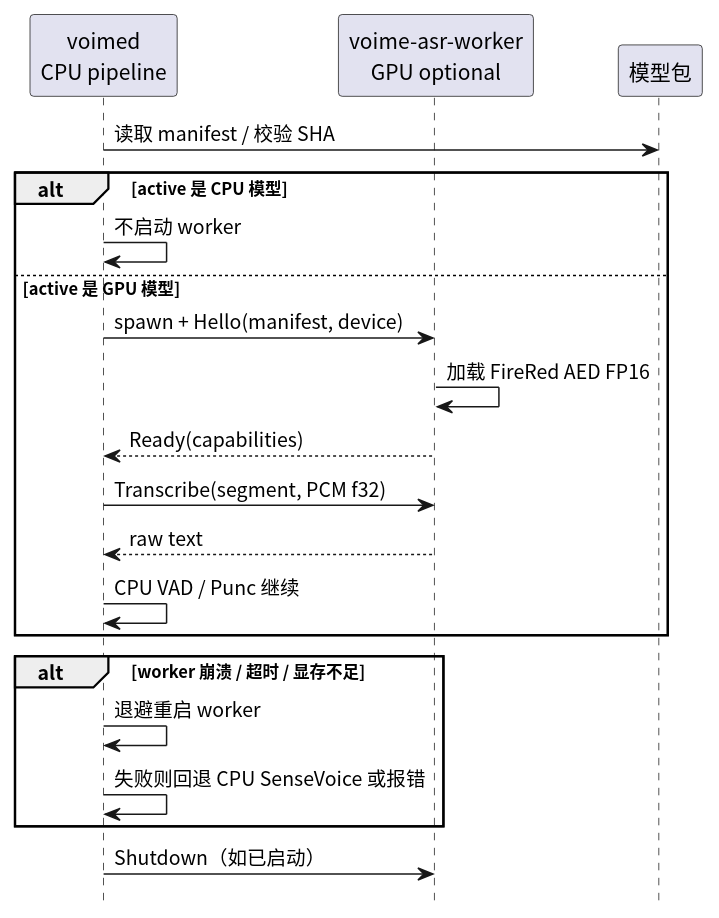
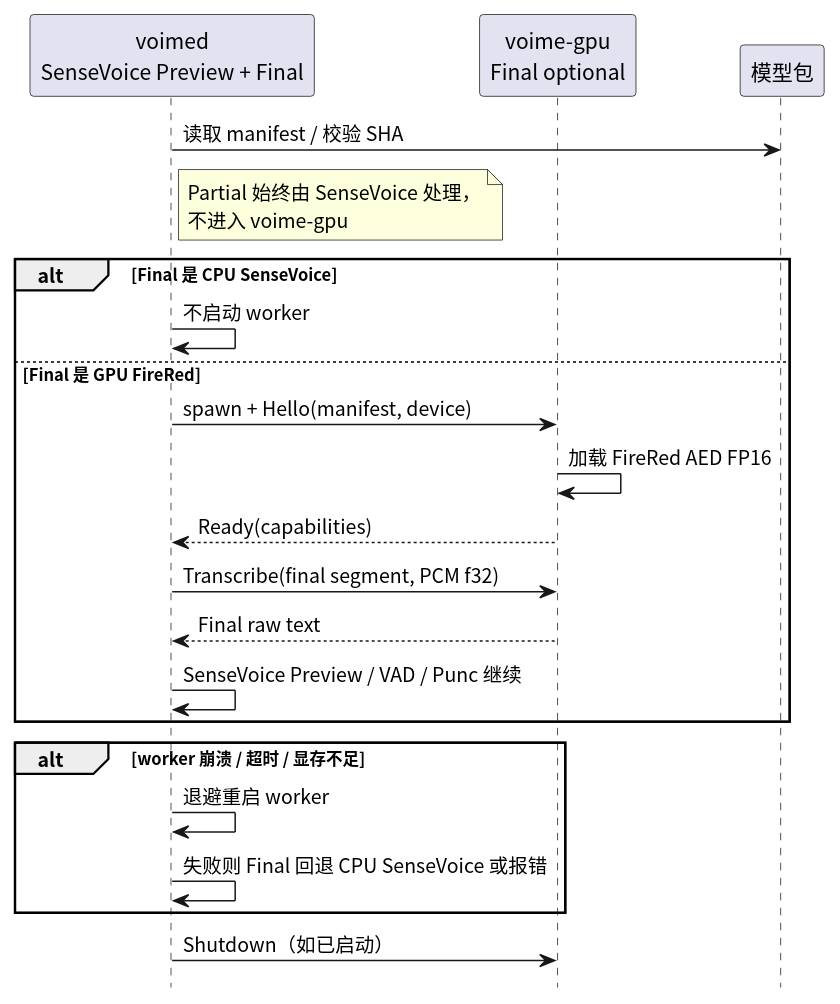
One commit to 54m43lJ/voime changed the diagram in diagram/gpu-worker.puml. Above: the diagram before and after it, drawn with PlantUML. The commit also changed 6 other files, not shown here.

First line of the commit message:
docs: 调整 ASR v2 为 Preview/Final 分工与 voime-gpu

```diff
--- a/diagram/gpu-worker.puml
+++ b/diagram/gpu-worker.puml
@@ -1,26 +1,30 @@
 @startuml
 skinparam defaultFontName "Noto Sans CJK SC"
 skinparam shadowing false
 hide footbox
 
-participant "voimed\nCPU pipeline" as Daemon
-participant "voime-asr-worker\nGPU optional" as Worker
+participant "voimed\nSenseVoice Preview + Final" as Daemon
+participant "voime-gpu\nFinal optional" as Worker
 participant "模型包" as Package
 
 Daemon -> Package : 读取 manifest / 校验 SHA
-alt active 是 CPU 模型
+note right of Daemon
+  Partial 始终由 SenseVoice 处理，
+  不进入 voime-gpu
+end note
+alt Final 是 CPU SenseVoice
   Daemon -> Daemon : 不启动 worker
-else active 是 GPU 模型
+else Final 是 GPU FireRed
   Daemon -> Worker : spawn + Hello(manifest, device)
   Worker -> Worker : 加载 FireRed AED FP16
   Worker --> Daemon : Ready(capabilities)
-  Daemon -> Worker : Transcribe(segment, PCM f32)
-  Worker --> Daemon : raw text
-  Daemon -> Daemon : CPU VAD / Punc 继续
+  Daemon -> Worker : Transcribe(final segment, PCM f32)
+  Worker --> Daemon : Final raw text
+  Daemon -> Daemon : SenseVoice Preview / VAD / Punc 继续
 end
 alt worker 崩溃 / 超时 / 显存不足
   Daemon -> Daemon : 退避重启 worker
-  Daemon -> Daemon : 失败则回退 CPU SenseVoice 或报错
+  Daemon -> Daemon : 失败则 Final 回退 CPU SenseVoice 或报错
 end
 Daemon -> Worker : Shutdown（如已启动）
 @enduml
```
